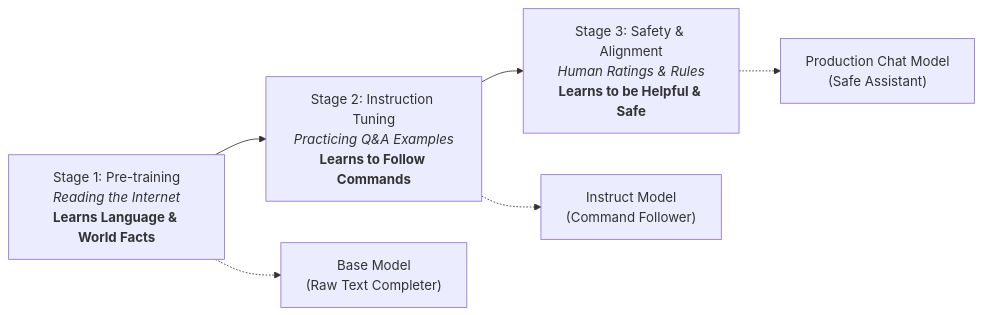
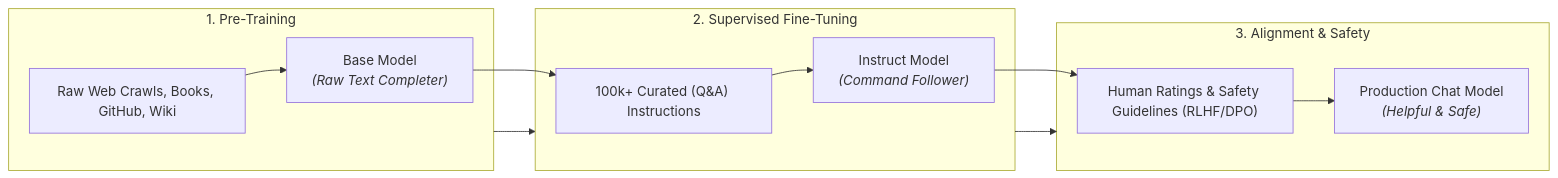
The third of 11 diagrams in 02-llm-api-fundamentals/01-llm-fundamentals/README.md (mr-mk-dev/py-ai-craft), drawn with Mermaid before and after one commit. The commit also changed other lines of this file and 114 other files, not shown here.

Commit message:
Full RoadMap .md file Completed

````diff
--- a/02-llm-api-fundamentals/01-llm-fundamentals/README.md
+++ b/02-llm-api-fundamentals/01-llm-fundamentals/README.md
@@ -89,9 +98,18 @@
 ```mermaid
 flowchart LR
-    A["Stage 1: Pre-training<br><i>Reading the Internet</i><br><b>Learns Language & World Facts</b>"] --> B["Stage 2: Instruction Tuning<br><i>Practicing Q&A Examples</i><br><b>Learns to Follow Commands</b>"]
-    B --> C["Stage 3: Safety & Alignment<br><i>Human Ratings & Rules</i><br><b>Learns to be Helpful & Safe</b>"]
+    subgraph Stage1["1. Pre-Training"]
+        D1["Raw Web Crawls, Books, GitHub, Wiki"] --> M1["Base Model<br><i>(Raw Text Completer)</i>"]
+    end
     
-    A -.-> O1["Base Model<br>(Raw Text Completer)"]
-    B -.-> O2["Instruct Model<br>(Command Follower)"]
-    C -.-> O3["Production Chat Model<br>(Safe Assistant)"]
+    subgraph Stage2["2. Supervised Fine-Tuning"]
+        M1 --> D2["100k+ Curated (Q&A) Instructions"]
+        D2 --> M2["Instruct Model<br><i>(Command Follower)</i>"]
+    end
+    
+    subgraph Stage3["3. Alignment & Safety"]
+        M2 --> D3["Human Ratings & Safety Guidelines (RLHF/DPO)"]
+        D3 --> M3["Production Chat Model<br><i>(Helpful & Safe)</i>"]
+    end
+    
+    Stage1 --> Stage2 --> Stage3
 ```
````
